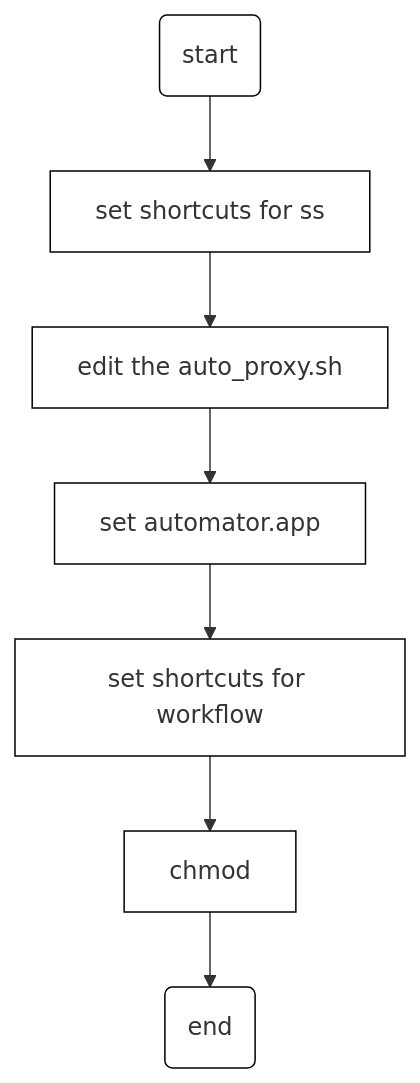
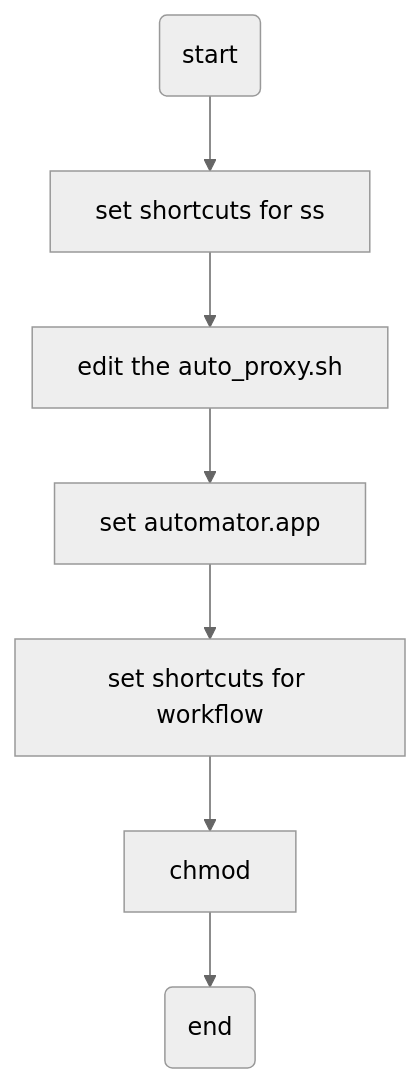
Before and after one commit to idlewith/blog: the diagram in docs/others/apple.md, drawn with Mermaid. The commit also changed 2 other files, not shown here.

Commit message:
fix: add default theme

````diff
--- a/docs/others/apple.md
+++ b/docs/others/apple.md
@@ -24,10 +24,10 @@
 ```mermaid
+%%{init: {'theme':'neutral'}}%%
 graph TD
-    A(start) --> B[set shortcuts for ss]
-    B --> C[edit the auto_proxy.sh]
-    C --> D[set automator.app]
-    D --> E[set shortcuts for workflow]
-    E --> F[chmod]
-    F --> G(end)
-classDef default fill:#fff,stroke:#000
+A(start) --> B[set shortcuts for ss]
+B --> C[edit the auto_proxy.sh]
+C --> D[set automator.app]
+D --> E[set shortcuts for workflow]
+E --> F[chmod]
+F --> G(end)
 ```
````
